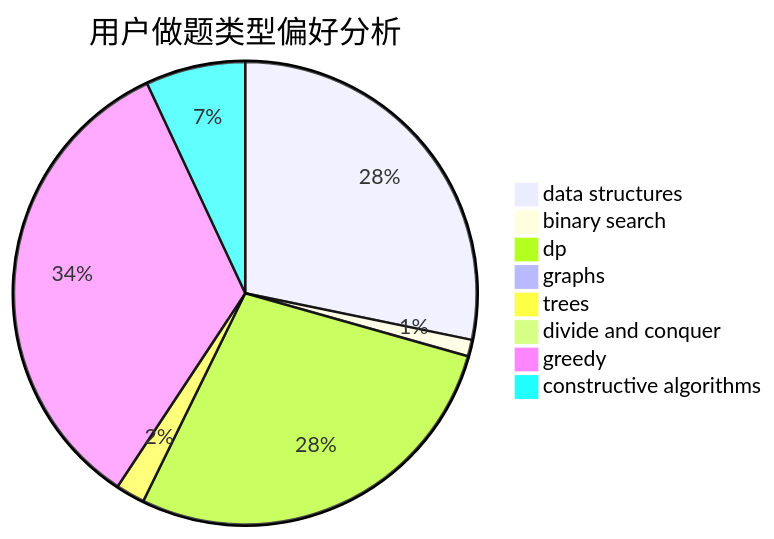
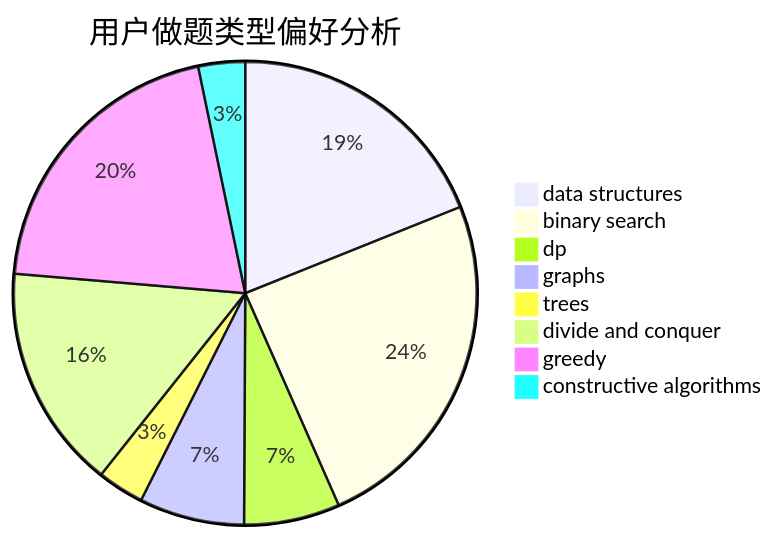
The second of 3 diagrams in docs/user/u1906.md (sherpahu/cfrs.github.io), drawn with Mermaid before and after one commit. The commit also changed other lines of this file and 2770 other files, not shown here.

````diff
--- a/docs/user/u1906.md
+++ b/docs/user/u1906.md
@@ -23,11 +23,11 @@
 ```mermaid
 pie title 用户做题类型偏好分析
-    "data structures" :  389
-    "binary search" :  16
-    "dp" :  384
-    "graphs" :  7
-    "trees" :  28
-    "divide and conquer" :  0
-    "greedy" :  465
-    "constructive algorithms" :  96
+    "data structures" :  116
+    "binary search" :  150
+    "dp" :  41
+    "graphs" :  45
+    "trees" :  20
+    "divide and conquer" :  96
+    "greedy" :  125
+    "constructive algorithms" :  20
 ```
````
